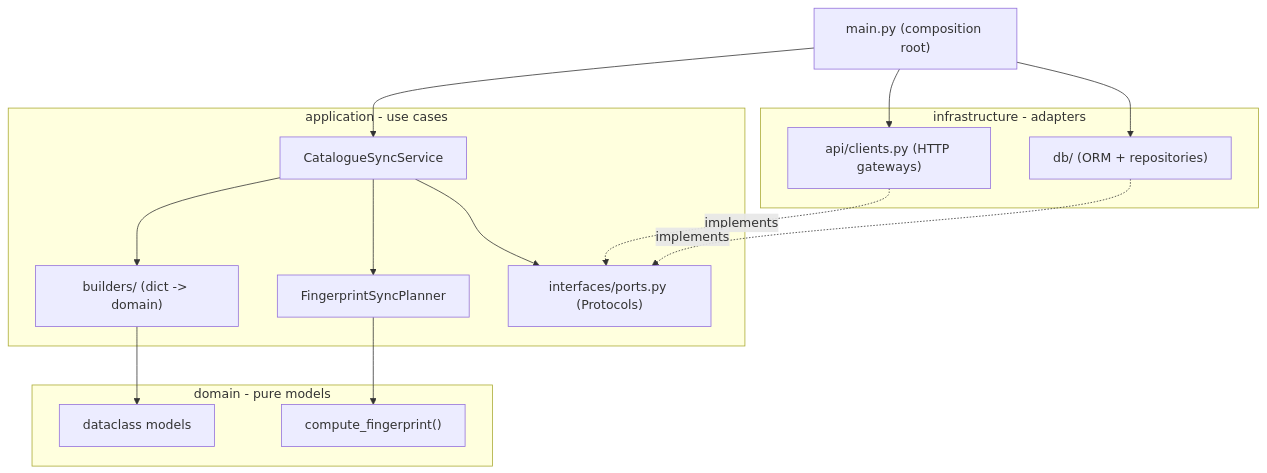
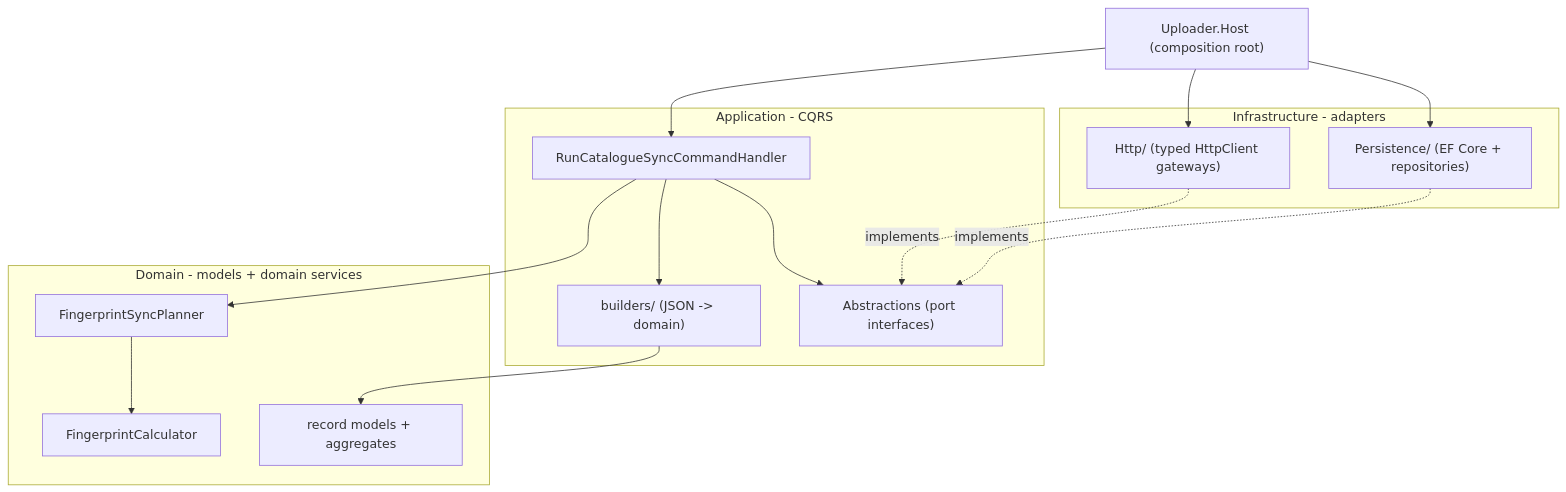
Before and after one commit to BBMRI-cz/data-catalogue-upload: the second of 4 diagrams in ARCHITECTURE.md, drawn with Mermaid. The commit also changed other lines of this file and 3 other files, not shown here.

Commit message:
docs: rewrite README, AGENTS, ARCHITECTURE, and DEVELOPMENT for the .NET stack

````diff
--- a/ARCHITECTURE.md
+++ b/ARCHITECTURE.md
@@ -54,32 +54,32 @@
 ```mermaid
 flowchart TD
-    Main["main.py (composition root)"]
+    Main["Uploader.Host (composition root)"]
 
-    subgraph application [application - use cases]
-        SyncService["CatalogueSyncService"]
-        Planner["FingerprintSyncPlanner"]
-        Builders["builders/ (dict -> domain)"]
-        Ports["interfaces/ports.py (Protocols)"]
+    subgraph application [Application - CQRS]
+        SyncService["RunCatalogueSyncCommandHandler"]
+        Builders["builders/ (JSON -> domain)"]
+        Ports["Abstractions (port interfaces)"]
     end
 
-    subgraph domain [domain - pure models]
-        Models["dataclass models"]
-        Fingerprint["compute_fingerprint()"]
+    subgraph domain [Domain - models + domain services]
+        Models["record models + aggregates"]
+        Planner["FingerprintSyncPlanner"]
+        Fingerprint["FingerprintCalculator"]
     end
 
-    subgraph infrastructure [infrastructure - adapters]
-        HttpClients["api/clients.py (HTTP gateways)"]
-        Db["db/ (ORM + repositories)"]
+    subgraph infrastructure [Infrastructure - adapters]
+        HttpClients["Http/ (typed HttpClient gateways)"]
+        Db["Persistence/ (EF Core + repositories)"]
     end
 
     Main --> SyncService
     Main --> HttpClients
     Main --> Db
     SyncService --> Planner
     SyncService --> Builders
     SyncService --> Ports
     Builders --> Models
     Planner --> Fingerprint
     HttpClients -.implements.-> Ports
     Db -.implements.-> Ports
 ```
````
